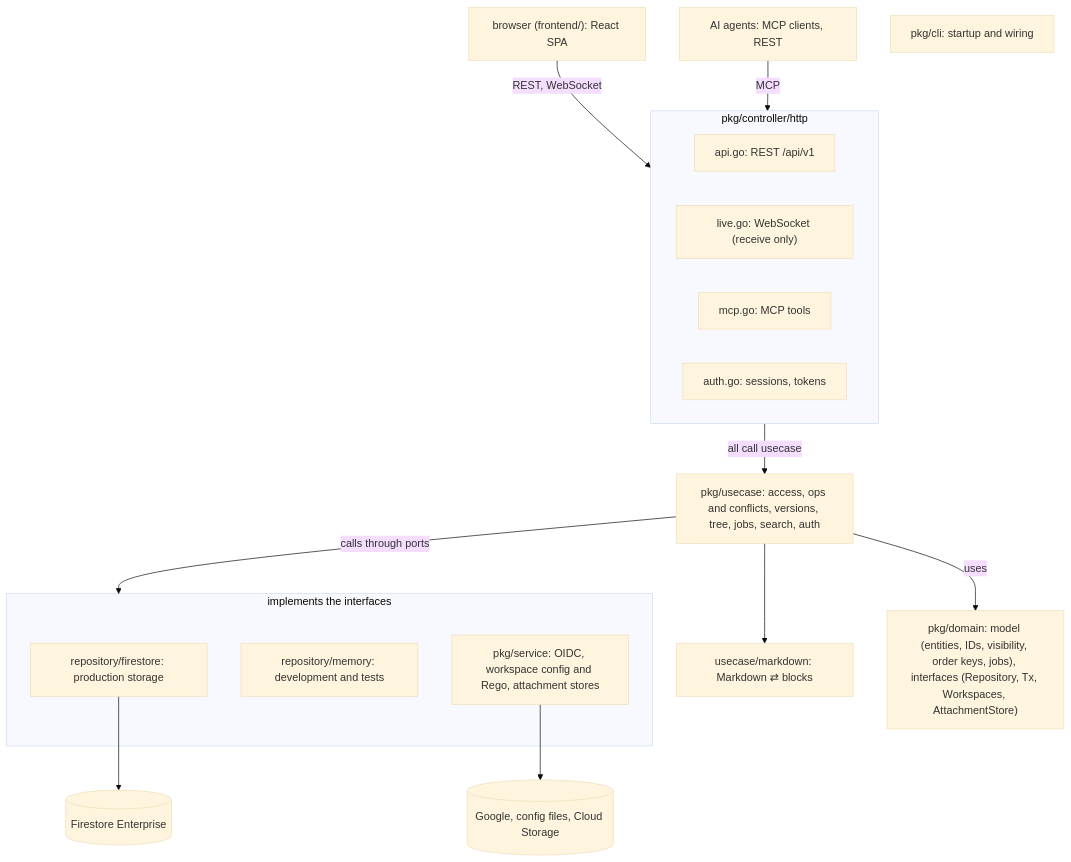
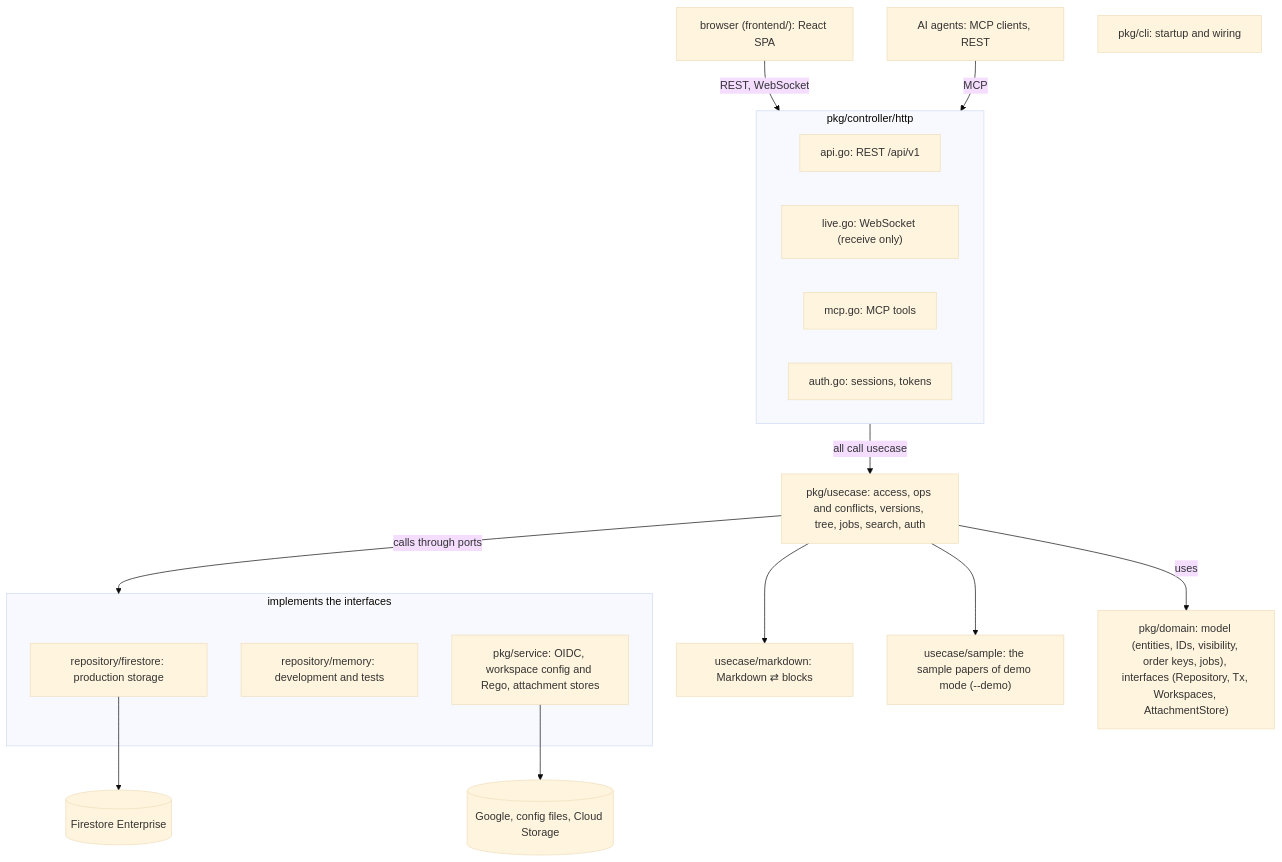
Before and after one commit to m-mizutani/papers: the first of 3 diagrams in docs/codebase.md, drawn with Mermaid (base theme). The commit also changed other lines of this file and 28 other files, not shown here.

Commit message:
feat: add demo mode that writes sample papers into empty workspaces

````diff
--- a/docs/codebase.md
+++ b/docs/codebase.md
@@ -24,23 +24,24 @@
 ```mermaid
 flowchart TB
   browser["browser (frontend/): React SPA"] -- "REST, WebSocket" --> http
   agents["AI agents: MCP clients, REST"] -- "MCP" --> http
   cli["pkg/cli: startup and wiring"]
   subgraph http["pkg/controller/http"]
     api["api.go: REST /api/v1"]
     live["live.go: WebSocket (receive only)"]
     mcp["mcp.go: MCP tools"]
     auth["auth.go: sessions, tokens"]
   end
   http -- "all call usecase" --> uc["pkg/usecase: access, ops and conflicts, versions, tree, jobs, search, auth"]
   uc --> md["usecase/markdown: Markdown ⇄ blocks"]
+  uc --> sample["usecase/sample: the sample papers of demo mode (--demo)"]
   uc -- uses --> domain["pkg/domain: model (entities, IDs, visibility, order keys, jobs), interfaces (Repository, Tx, Workspaces, AttachmentStore)"]
   uc -- "calls through ports" --> impl
   subgraph impl["implements the interfaces"]
     fsr["repository/firestore: production storage"]
     mem["repository/memory: development and tests"]
     svc["pkg/service: OIDC, workspace config and Rego, attachment stores"]
   end
   fsr --> fs[("Firestore Enterprise")]
   svc --> ext[("Google, config files, Cloud Storage")]
 ```
````
